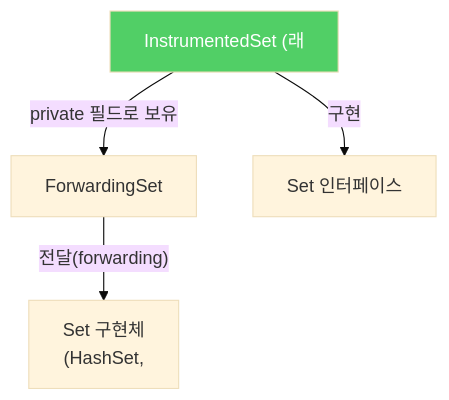
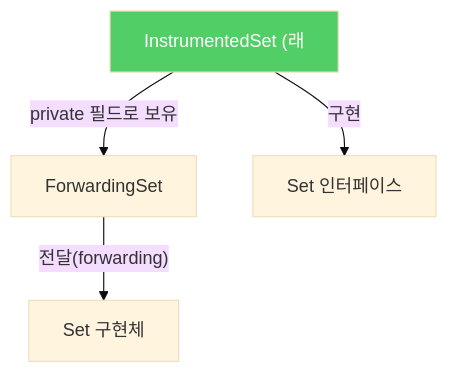
One commit to yjkim2015/yjkim2015.github.io changed the third of 4 diagrams in _posts/java/2022-01-03-effective-java18.md. Above: the diagram before and after it, drawn with Mermaid (base theme). The commit also changed other lines of this file and 217 other files, not shown here.

First line of the commit message:
Mermaid 크기 수정: useMaxWidth:true + SVG max-width:100% + 라벨 축소

````diff
--- a/_posts/java/2022-01-03-effective-java18.md
+++ b/_posts/java/2022-01-03-effective-java18.md
@@ -89,7 +89,7 @@
 ```mermaid
 graph TD
     A["InstrumentedSet (래"] -->|"private 필드로 보유"| B["ForwardingSet"]
-    B -->|"전달(forwarding)"| C["Set 구현체\n(HashSet,"]
+    B -->|"전달(forwarding)"| C["Set 구현체"]
     A -->|"구현"| D["Set 인터페이스"]
     style A fill:#51cf66,color:#fff
 ```
````
